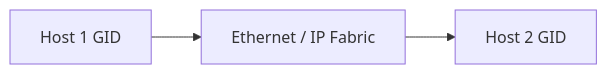
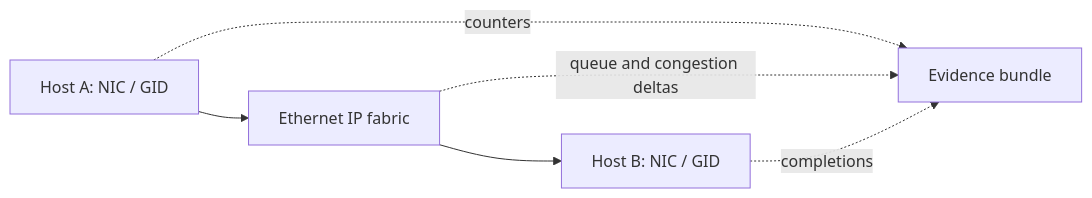
Before and after one commit to jithinpnjm/nvidia-devops: the diagram in docs/nvidia-zero-to-hero/volume-09/labs/lab-02-validate-roce-addressing-and-mtu.md, drawn with Mermaid. The commit also changed other lines of this file and 3 other files, not shown here.

````diff
--- a/docs/nvidia-zero-to-hero/volume-09/labs/lab-02-validate-roce-addressing-and-mtu.md
+++ b/docs/nvidia-zero-to-hero/volume-09/labs/lab-02-validate-roce-addressing-and-mtu.md
@@ -31,5 +31,8 @@
 ```mermaid
 flowchart LR
-    H1[Host 1 GID] --> Fabric[Ethernet / IP Fabric]
-    Fabric --> H2[Host 2 GID]
+    A[Host A: NIC / GID] --> L[Ethernet IP fabric]
+    L --> B[Host B: NIC / GID]
+    A -. counters .-> E[Evidence bundle]
+    L -. queue and congestion deltas .-> E
+    B -. completions .-> E
 ```
````
